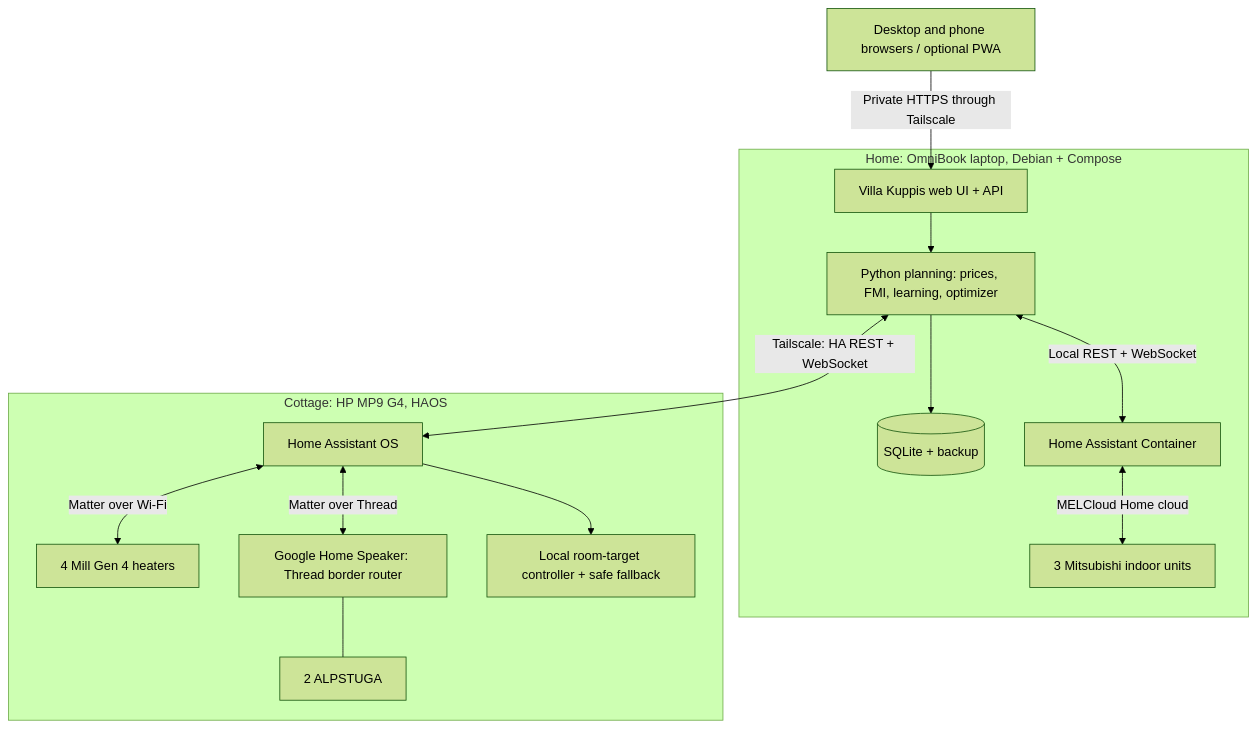
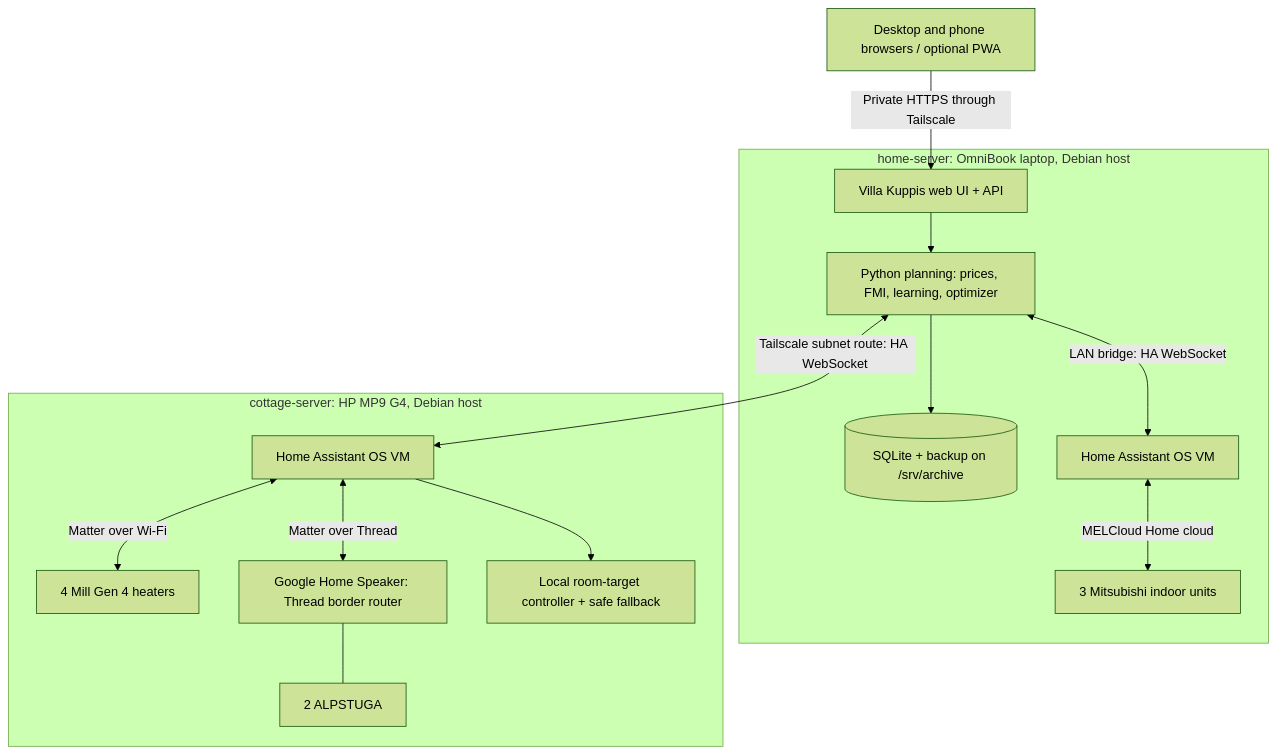
One commit to Vkuparin/villa-kuppis changed the diagram in docs/architecture.md. Above: the diagram before and after it, drawn with Mermaid (forest theme). The commit also changed other lines of this file and 16 other files, not shown here.

First line of the commit message:
Run Home Assistant as an HAOS VM on Debian hosts at both sites

````diff
--- a/docs/architecture.md
+++ b/docs/architecture.md
@@ -21,20 +22,20 @@
 ```mermaid
 flowchart TB
   Clients[Desktop and phone browsers / optional PWA]
   Clients -->|Private HTTPS through Tailscale| VK[Villa Kuppis web UI + API]
 
-  subgraph Home[Home: OmniBook laptop, Debian + Compose]
+  subgraph Home[home-server: OmniBook laptop, Debian host]
     VK --> Core[Python planning: prices, FMI, learning, optimizer]
-    Core --> DB[(SQLite + backup)]
-    Core <-->|Local REST + WebSocket| HAH[Home Assistant Container]
+    Core --> DB[(SQLite + backup on /srv/archive)]
+    Core <-->|LAN bridge: HA WebSocket| HAH[Home Assistant OS VM]
     HAH <-->|MELCloud Home cloud| Pumps[3 Mitsubishi indoor units]
   end
 
-  Core <-->|Tailscale: HA REST + WebSocket| HAC[Home Assistant OS]
-  subgraph Cottage[Cottage: HP MP9 G4, HAOS]
+  Core <-->|Tailscale subnet route: HA WebSocket| HAC[Home Assistant OS VM]
+  subgraph Cottage[cottage-server: HP MP9 G4, Debian host]
     HAC <-->|Matter over Wi-Fi| Mill[4 Mill Gen 4 heaters]
     HAC <-->|Matter over Thread| Speaker[Google Home Speaker: Thread border router]
     Speaker --- Sensors[2 ALPSTUGA]
     HAC --> Local[Local room-target controller + safe fallback]
   end
 ```
````
